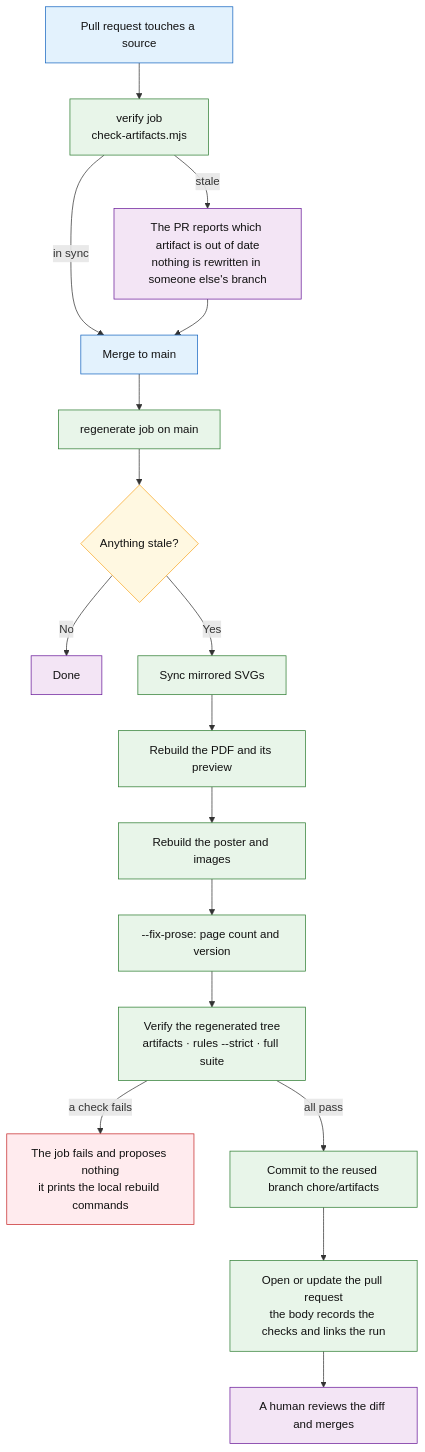
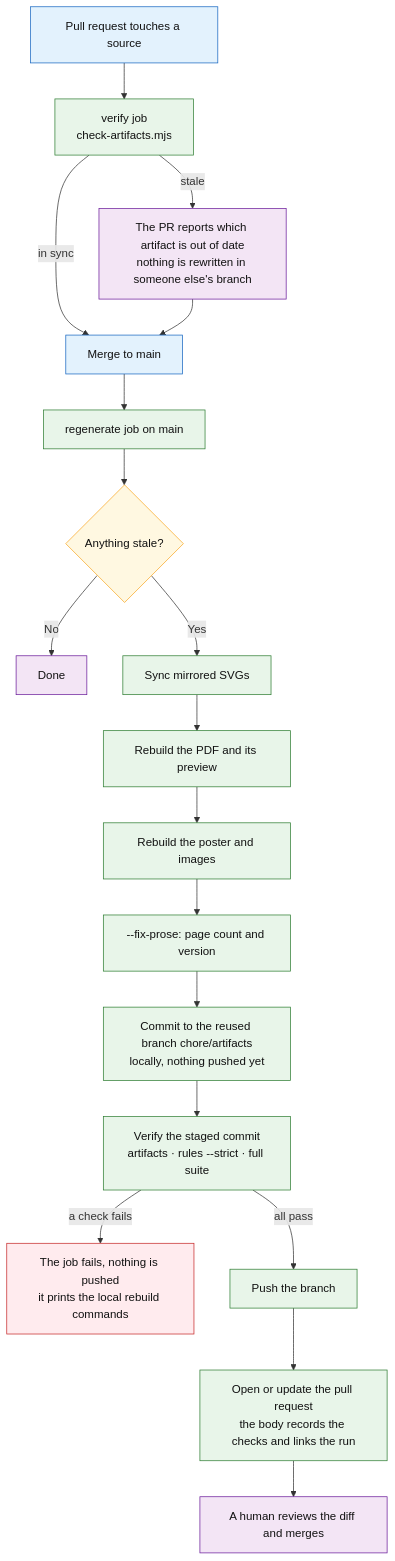
The fifth of 6 diagrams in docs/sql-migration-advisor-developer-pitch.md (fredgis/sql-migration-advisor), drawn with Mermaid before and after one commit. The commit also changed other lines of this file, not shown here.

````diff
--- a/docs/sql-migration-advisor-developer-pitch.md
+++ b/docs/sql-migration-advisor-developer-pitch.md
@@ -799,30 +814,31 @@
 ```mermaid
 flowchart TD
     A[Pull request touches a source] --> B[verify job<br/>check-artifacts.mjs]
     B -- stale --> C[The PR reports which artifact is out of date<br/>nothing is rewritten in someone else's branch]
     B -- in sync --> D[Merge to main]
     C --> D
     D --> E[regenerate job on main]
     E --> F{Anything stale?}
     F -- No --> G[Done]
     F -- Yes --> H[Sync mirrored SVGs]
     H --> I[Rebuild the PDF and its preview]
     I --> J[Rebuild the poster and images]
     J --> K[--fix-prose: page count and version]
-    K --> L[Verify the regenerated tree<br/>artifacts · rules --strict · full suite]
-    L -- a check fails --> M[The job fails and proposes nothing<br/>it prints the local rebuild commands]
-    L -- all pass --> N[Commit to the reused branch chore/artifacts]
-    N --> O[Open or update the pull request<br/>the body records the checks and links the run]
-    O --> P[A human reviews the diff and merges]
+    K --> L[Commit to the reused branch chore/artifacts<br/>locally, nothing pushed yet]
+    L --> M[Verify the staged commit<br/>artifacts · rules --strict · full suite]
+    M -- a check fails --> N[The job fails, nothing is pushed<br/>it prints the local rebuild commands]
+    M -- all pass --> O[Push the branch]
+    O --> P[Open or update the pull request<br/>the body records the checks and links the run]
+    P --> Q[A human reviews the diff and merges]
 
     classDef src fill:#e3f2fd,stroke:#1565c0,color:#111
     classDef proc fill:#e8f5e9,stroke:#2e7d32,color:#111
     classDef ask fill:#fff8e1,stroke:#f9a825,color:#111
     classDef stop fill:#ffebee,stroke:#c62828,color:#111
     classDef human fill:#f3e5f5,stroke:#6a1b9a,color:#111
     class A,D src
-    class B,E,H,I,J,K,L,N,O proc
+    class B,E,H,I,J,K,L,M,O,P proc
     class F ask
-    class M stop
-    class C,G,P human
+    class N stop
+    class C,G,Q human
 ```
````
